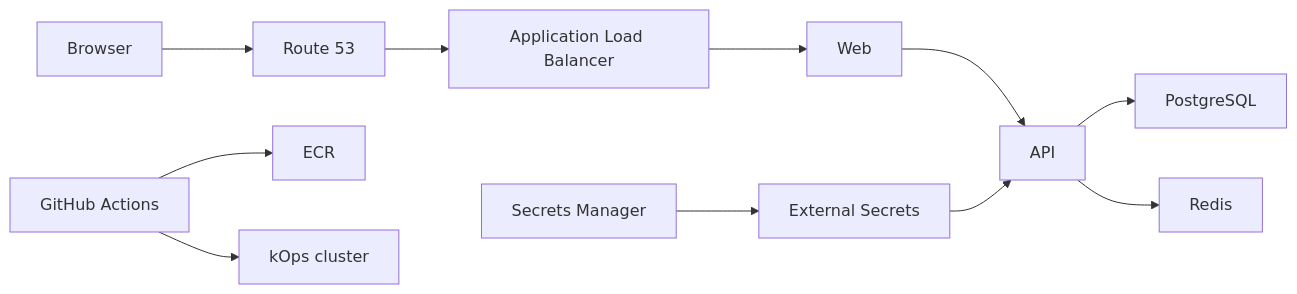
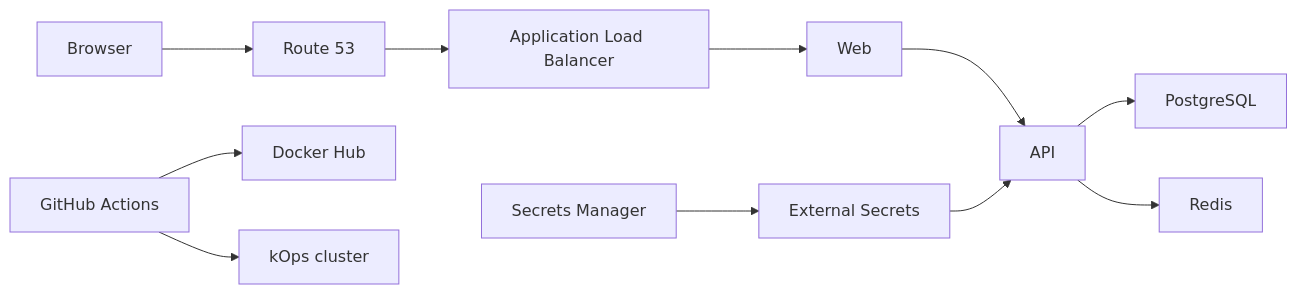
One commit to DeucesDevops/agribridge-project changed the diagram in README.md. Above: the diagram before and after it, drawn with Mermaid. The commit also changed other lines of this file and 9 other files, not shown here.

First line of the commit message:
Publish images to Docker Hub instead of ECR

````diff
--- a/README.md
+++ b/README.md
@@ -20,13 +20,13 @@
 ```mermaid
 flowchart LR
   browser[Browser] --> dns[Route 53]
   dns --> alb[Application Load Balancer]
   alb --> web[Web]
   web --> api[API]
   api --> pg[PostgreSQL]
   api --> redis[Redis]
-  gha[GitHub Actions] --> ecr[ECR]
+  gha[GitHub Actions] --> hub[Docker Hub]
   gha --> kops[kOps cluster]
   secrets[Secrets Manager] --> eso[External Secrets]
   eso --> api
 ```
````
